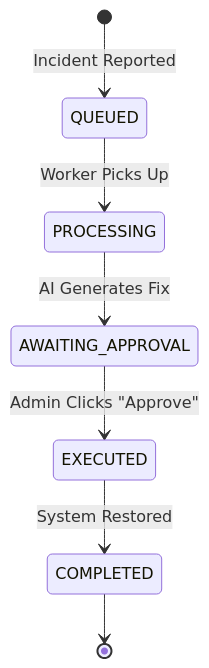
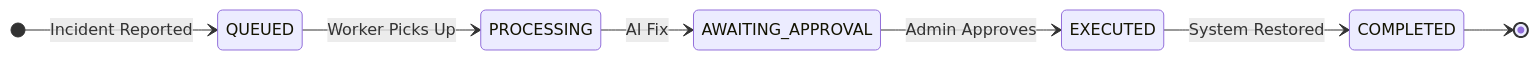
Before and after one commit to TuanBulut/OpsMind: the second of 2 diagrams in README.md, drawn with Mermaid.

Commit message:
Changed lifecycle diagram to Left-Right orientation

````diff
--- a/README.md
+++ b/README.md
@@ -51,9 +51,10 @@
 ```mermaid
 stateDiagram-v2
+    direction LR
     [*] --> QUEUED: Incident Reported
     QUEUED --> PROCESSING: Worker Picks Up
-    PROCESSING --> AWAITING_APPROVAL: AI Generates Fix
-    AWAITING_APPROVAL --> EXECUTED: Admin Clicks "Approve"
+    PROCESSING --> AWAITING_APPROVAL: AI Fix
+    AWAITING_APPROVAL --> EXECUTED: Admin Approves
     EXECUTED --> COMPLETED: System Restored
     COMPLETED --> [*]
 ```
````
